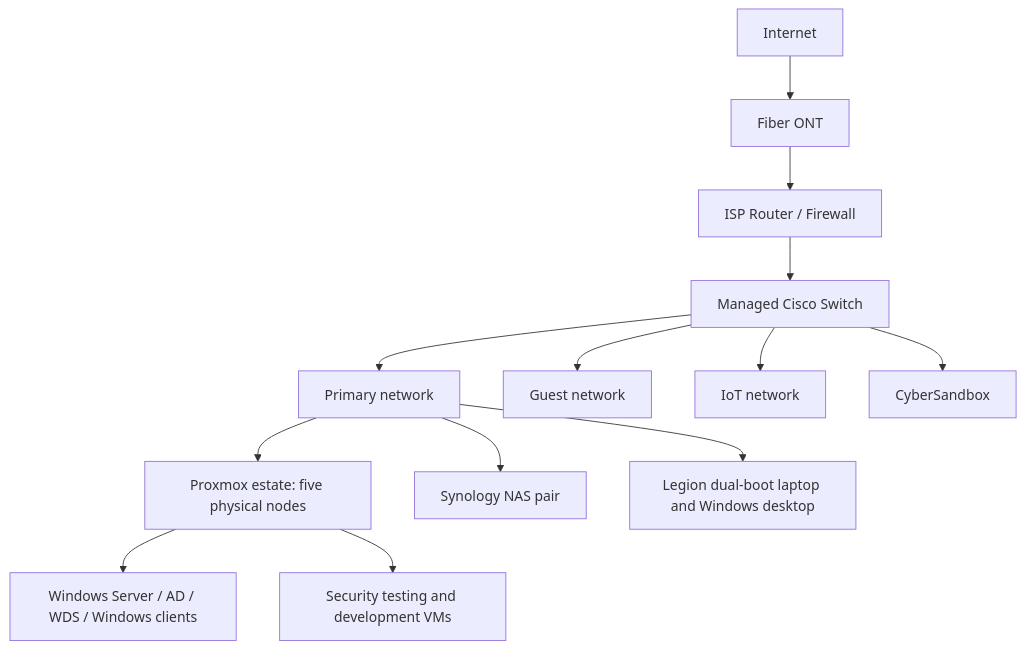
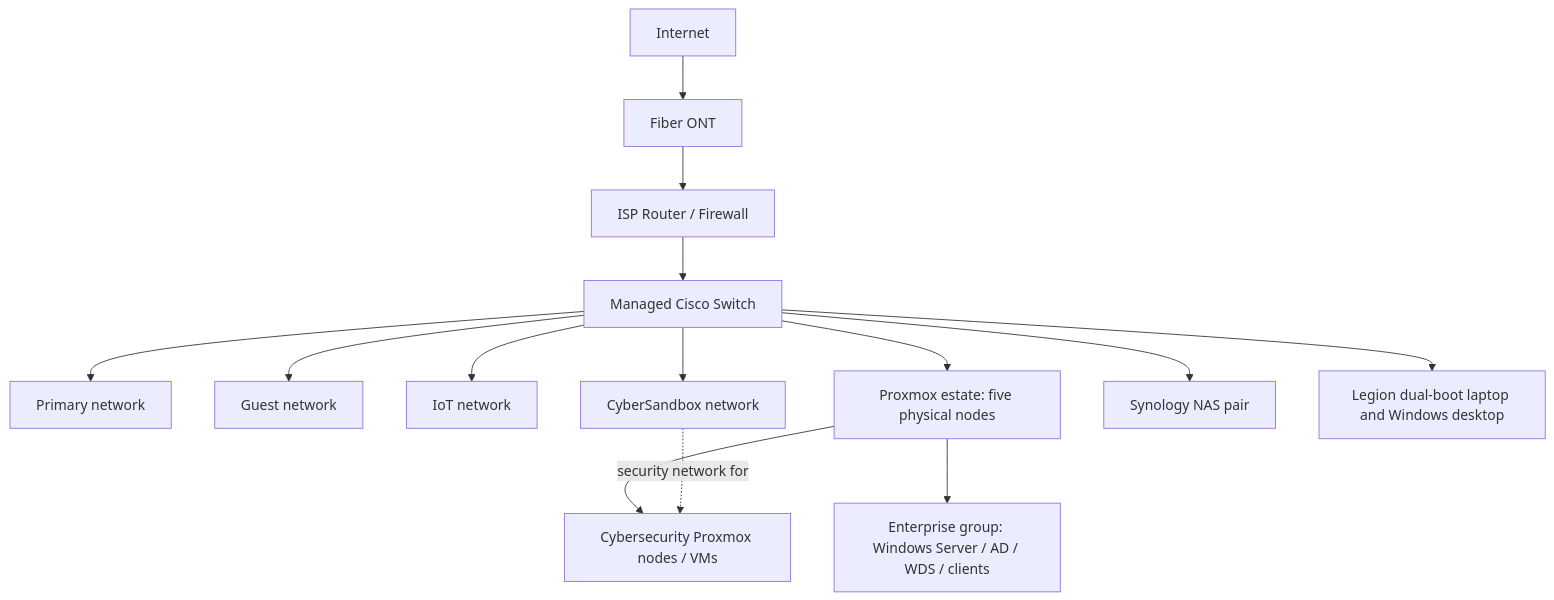
The diagram in README.md (alecsarb25/homelab-infrastructure), drawn with Mermaid before and after one commit. The commit also changed other lines of this file, not shown here.

Commit message:
docs: clarify CyberSandbox is Proxmox security VM environment

````diff
--- a/README.md
+++ b/README.md
@@ -30,15 +30,16 @@
 ```mermaid
 flowchart TB
     WAN[Internet] --> ONT[Fiber ONT]
     ONT --> EDGE[ISP Router / Firewall]
     EDGE --> SW[Managed Cisco Switch]
     SW --> PR[Primary network]
     SW --> GL[Guest network]
     SW --> IOT[IoT network]
-    SW --> CY[CyberSandbox]
-    PR --> PX[Proxmox estate: five physical nodes]
-    PR --> NAS[Synology NAS pair]
-    PR --> CLIENTS[Legion dual-boot laptop and Windows desktop]
-    PX --> ENTERPRISE[Windows Server / AD / WDS / Windows clients]
-    PX --> LAB[Security testing and development VMs]
+    SW --> CY[CyberSandbox network]
+    SW --> PX[Proxmox estate: five physical nodes]
+    SW --> NAS[Synology NAS pair]
+    SW --> CLIENTS[Legion dual-boot laptop and Windows desktop]
+    PX --> ENTERPRISE[Enterprise group: Windows Server / AD / WDS / clients]
+    PX --> LAB[Cybersecurity Proxmox nodes / VMs]
+    CY -. security network for .-> LAB
 ```
````
